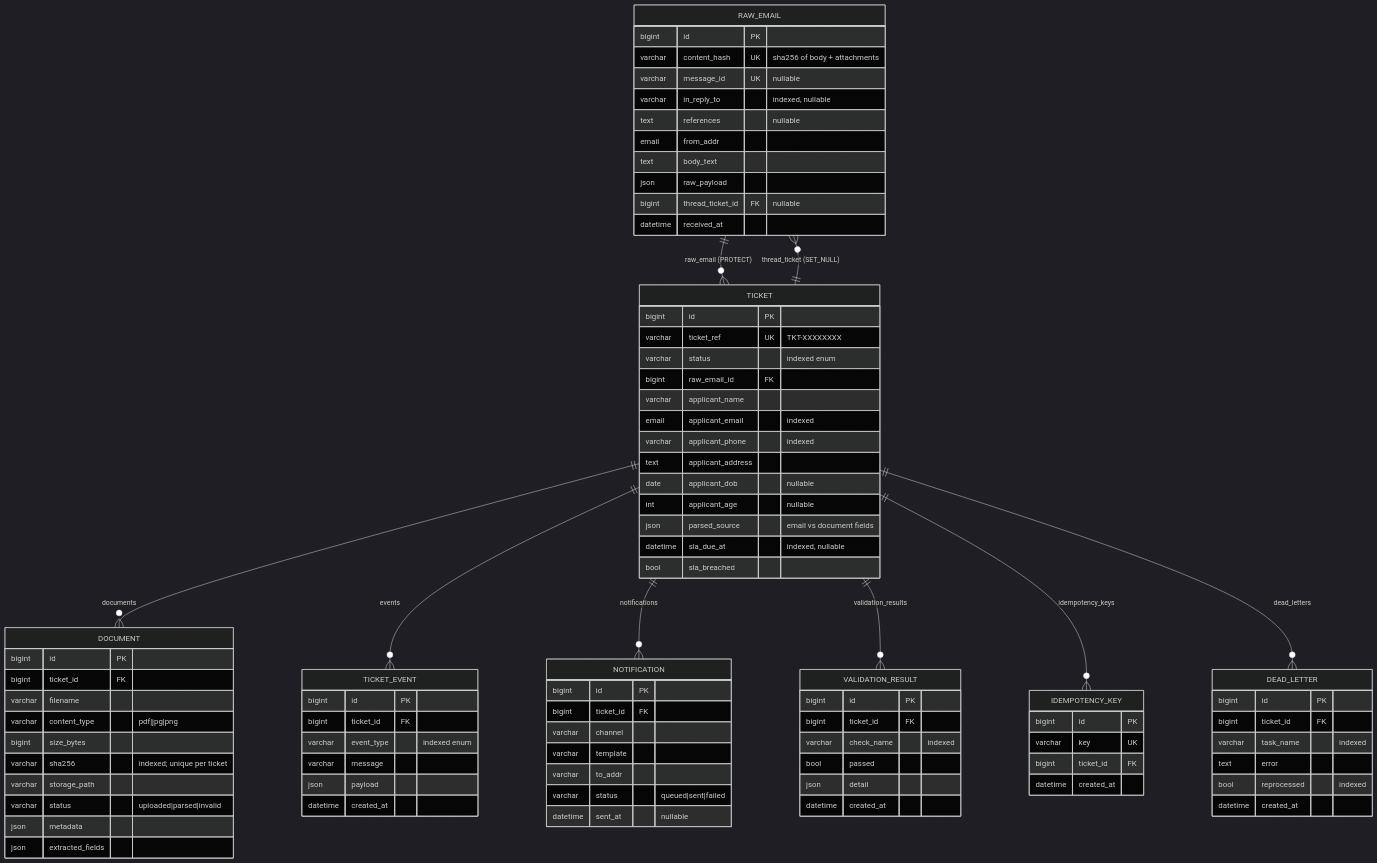
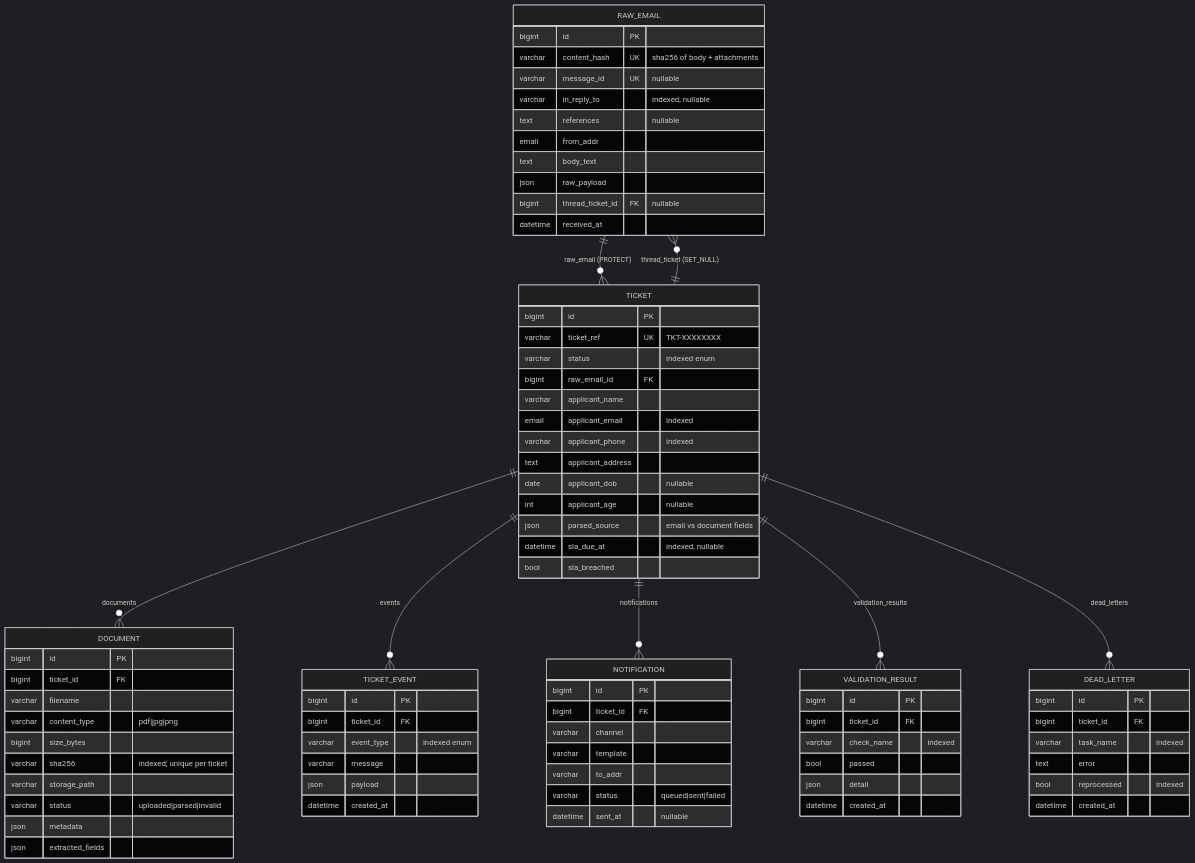
The diagram in docs/schema.md (vishal554/crm_onboarding), drawn with Mermaid (dark theme) before and after one commit. The commit also changed other lines of this file and 14 other files, not shown here.

```diff
--- a/docs/schema.md
+++ b/docs/schema.md
@@ -18,7 +18,6 @@
     TICKET ||--o{ TICKET_EVENT : "events"
     TICKET ||--o{ NOTIFICATION : "notifications"
     TICKET ||--o{ VALIDATION_RESULT : "validation_results"
-    TICKET ||--o{ IDEMPOTENCY_KEY : "idempotency_keys"
     TICKET ||--o{ DEAD_LETTER : "dead_letters"
 
     RAW_EMAIL {
@@ -91,13 +90,6 @@
         datetime created_at
     }
 
-    IDEMPOTENCY_KEY {
-        bigint id PK
-        varchar key UK
-        bigint ticket_id FK
-        datetime created_at
-    }
-
     DEAD_LETTER {
         bigint id PK
         bigint ticket_id FK
```
